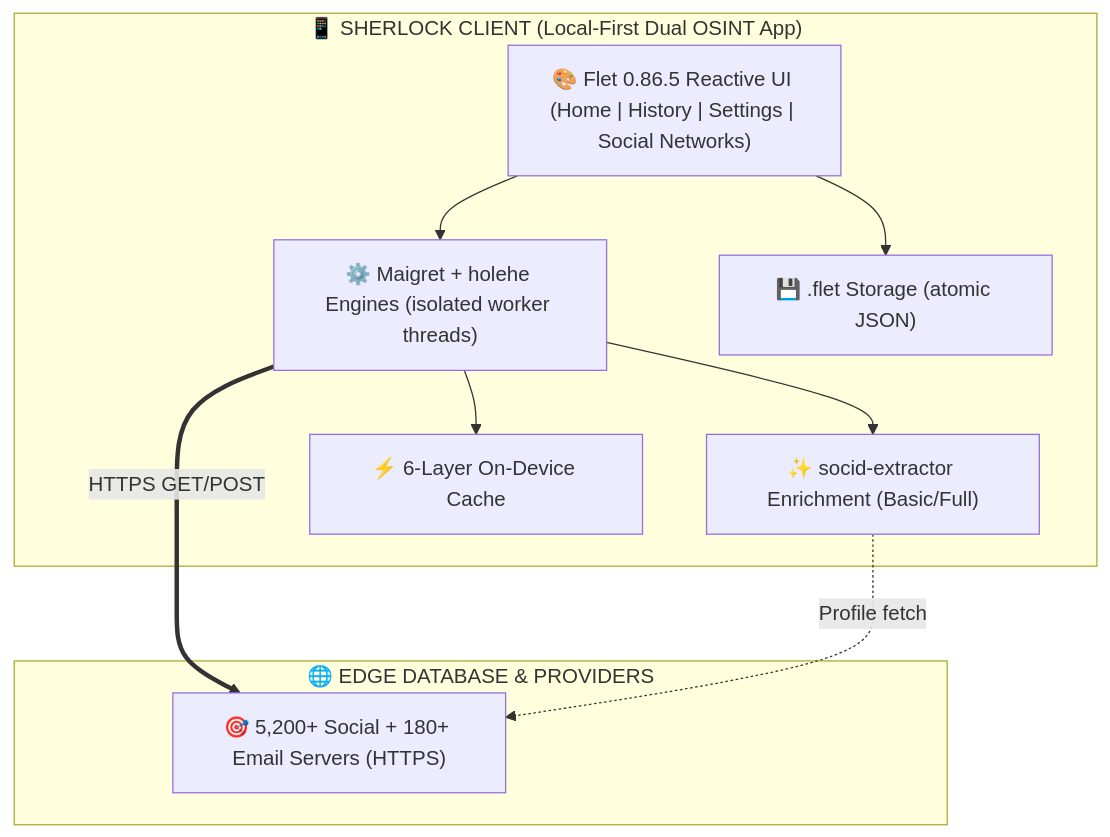
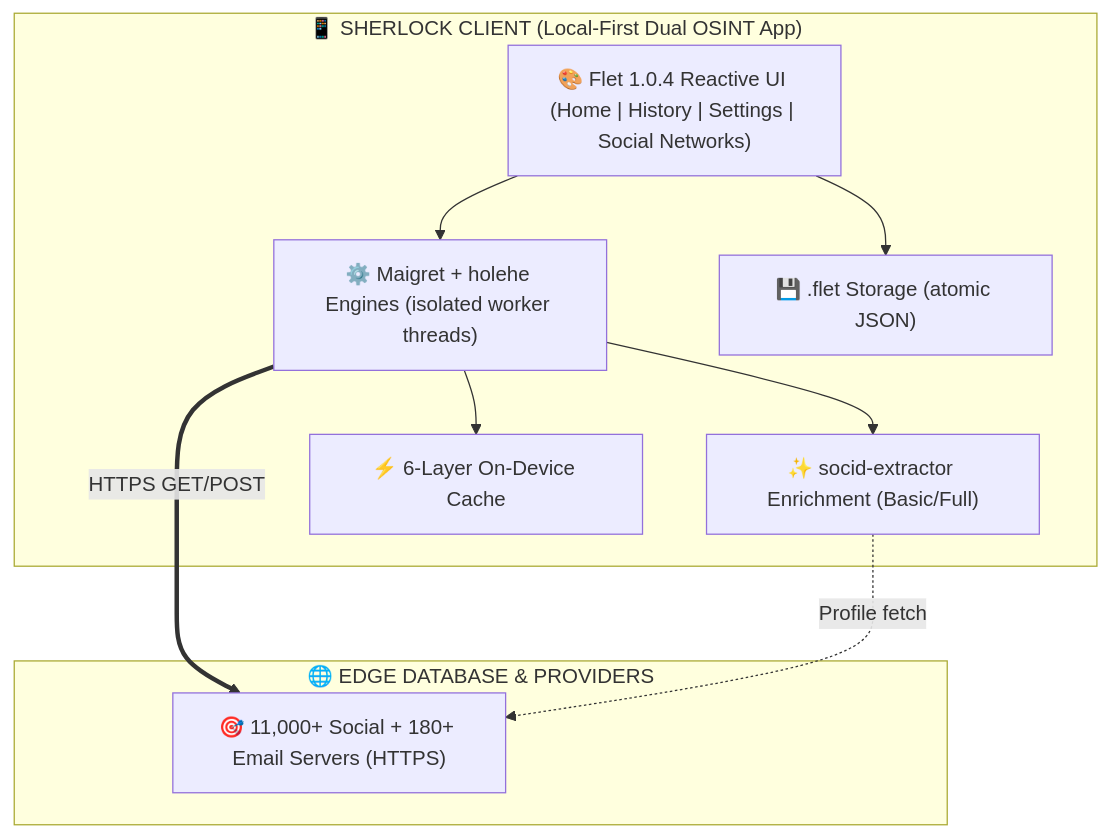
Before and after one commit to Nwokike/Sherlock: the diagram in README.md, drawn with Mermaid. The commit also changed other lines of this file and 56 other files, not shown here.

````diff
--- a/README.md
+++ b/README.md
@@ -137,21 +137,21 @@
 ```mermaid
 graph TB
     subgraph SHERLOCK_CLIENT ["📱 SHERLOCK CLIENT (Local-First Dual OSINT App)"]
-        UI["🎨 Flet 0.86.5 Reactive UI (Home | History | Settings | Social Networks)"]
+        UI["🎨 Flet 1.0.4 Reactive UI (Home | History | Settings | Social Networks)"]
         Engine["⚙️ Maigret + holehe Engines (isolated worker threads)"]
         Enrich["✨ socid-extractor Enrichment (Basic/Full)"]
         Cache["⚡ 6-Layer On-Device Cache"]
         Storage["💾 .flet Storage (atomic JSON)"]
         UI --> Engine
         Engine --> Enrich
         Engine --> Cache
         UI --> Storage
     end
 
     subgraph GLOBAL_RESOURCES ["🌐 EDGE DATABASE & PROVIDERS"]
-        Targets["🎯 5,200+ Social + 180+ Email Servers (HTTPS)"]
+        Targets["🎯 11,000+ Social + 180+ Email Servers (HTTPS)"]
     end
 
     Engine ==>|HTTPS GET/POST| Targets
     Enrich -.->|Profile fetch| Targets
 ```
````
